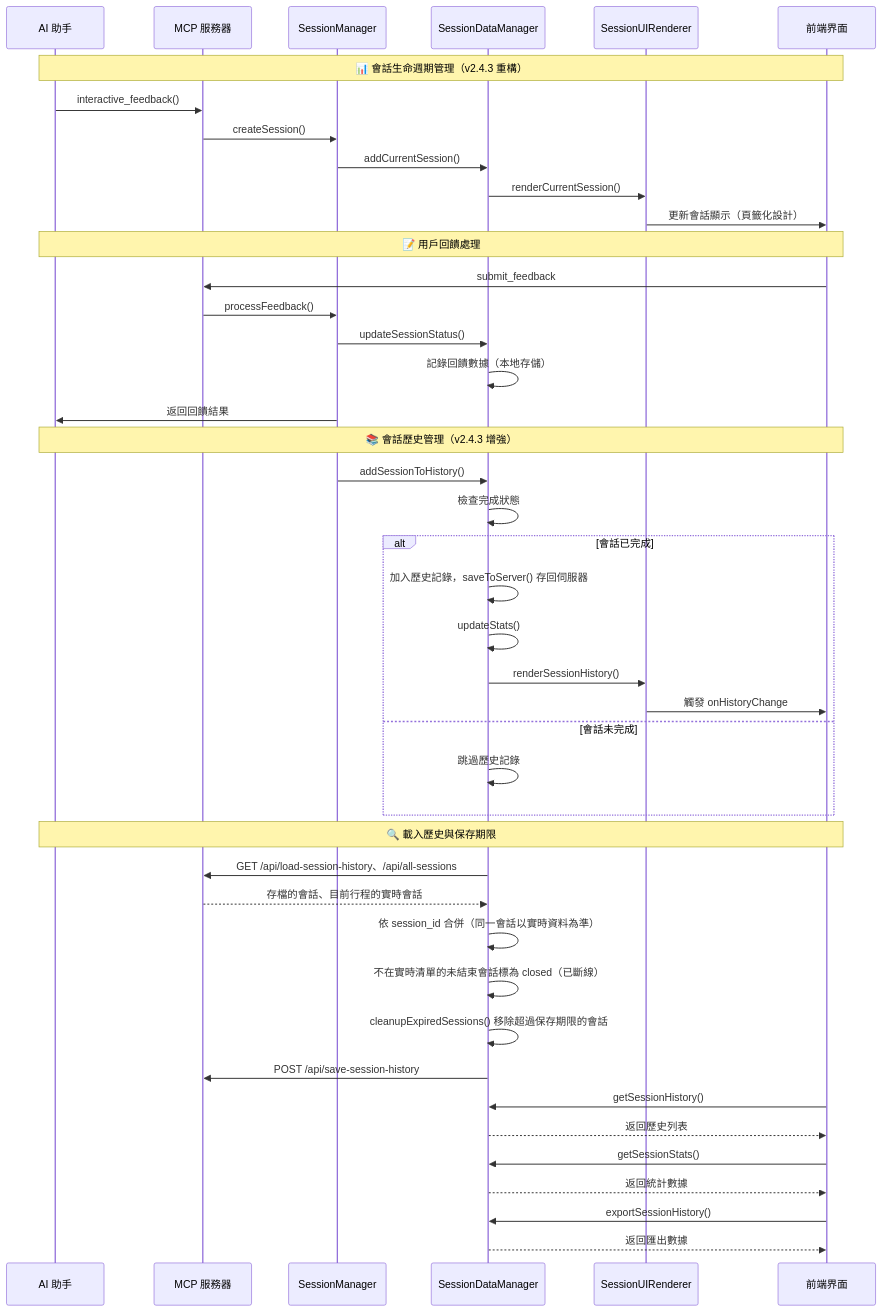
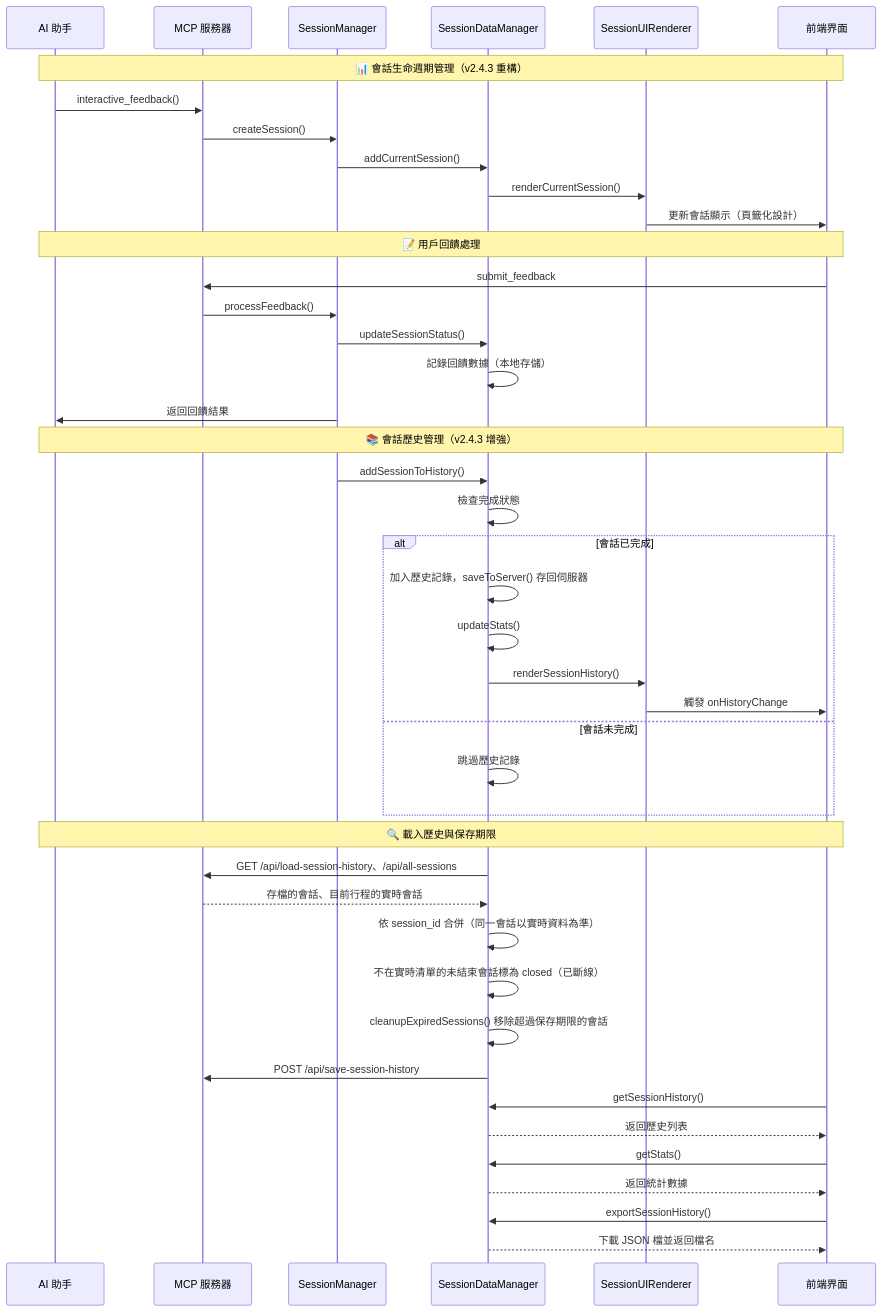
Before and after one commit to CloudEngineHub/mcp-feedback-enhanced: the eighth of 12 diagrams in docs/architecture/interaction-flows.md, drawn with Mermaid. The commit also changed other lines of this file and 3 other files, not shown here.

Commit message:
📝 架構文件改正會話歷史與設定的存放位置（伺服器端 ~/.config 而非 localStorage），交互流程圖改用 getStats() 與實際的 WebSocket 訊息類型

````diff
--- a/docs/architecture/interaction-flows.md
+++ b/docs/architecture/interaction-flows.md
@@ -558,49 +558,49 @@
 ```mermaid
 sequenceDiagram
     participant AI as AI 助手
     participant Server as MCP 服務器
     participant SM as SessionManager
     participant SDM as SessionDataManager
     participant SUR as SessionUIRenderer
     participant UI as 前端界面
 
     Note over AI,UI: 📊 會話生命週期管理（v2.4.3 重構）
     AI->>Server: interactive_feedback()
     Server->>SM: createSession()
     SM->>SDM: addCurrentSession()
     SDM->>SUR: renderCurrentSession()
     SUR->>UI: 更新會話顯示（頁籤化設計）
 
     Note over AI,UI: 📝 用戶回饋處理
     UI->>Server: submit_feedback
     Server->>SM: processFeedback()
     SM->>SDM: updateSessionStatus()
     SDM->>SDM: 記錄回饋數據（本地存儲）
     SM->>AI: 返回回饋結果
 
     Note over AI,UI: 📚 會話歷史管理（v2.4.3 增強）
     SM->>SDM: addSessionToHistory()
     SDM->>SDM: 檢查完成狀態
     alt 會話已完成
         SDM->>SDM: 加入歷史記錄，saveToServer() 存回伺服器
         SDM->>SDM: updateStats()
         SDM->>SUR: renderSessionHistory()
         SUR->>UI: 觸發 onHistoryChange
     else 會話未完成
         SDM->>SDM: 跳過歷史記錄
     end
 
     Note over AI,UI: 🔍 載入歷史與保存期限
     SDM->>Server: GET /api/load-session-history、/api/all-sessions
     Server-->>SDM: 存檔的會話、目前行程的實時會話
     SDM->>SDM: 依 session_id 合併（同一會話以實時資料為準）
     SDM->>SDM: 不在實時清單的未結束會話標為 closed（已斷線）
     SDM->>SDM: cleanupExpiredSessions() 移除超過保存期限的會話
     SDM->>Server: POST /api/save-session-history
     UI->>SDM: getSessionHistory()
     SDM-->>UI: 返回歷史列表
-    UI->>SDM: getSessionStats()
+    UI->>SDM: getStats()
     SDM-->>UI: 返回統計數據
     UI->>SDM: exportSessionHistory()
-    SDM-->>UI: 返回匯出數據
+    SDM-->>UI: 下載 JSON 檔並返回檔名
 ```
````
